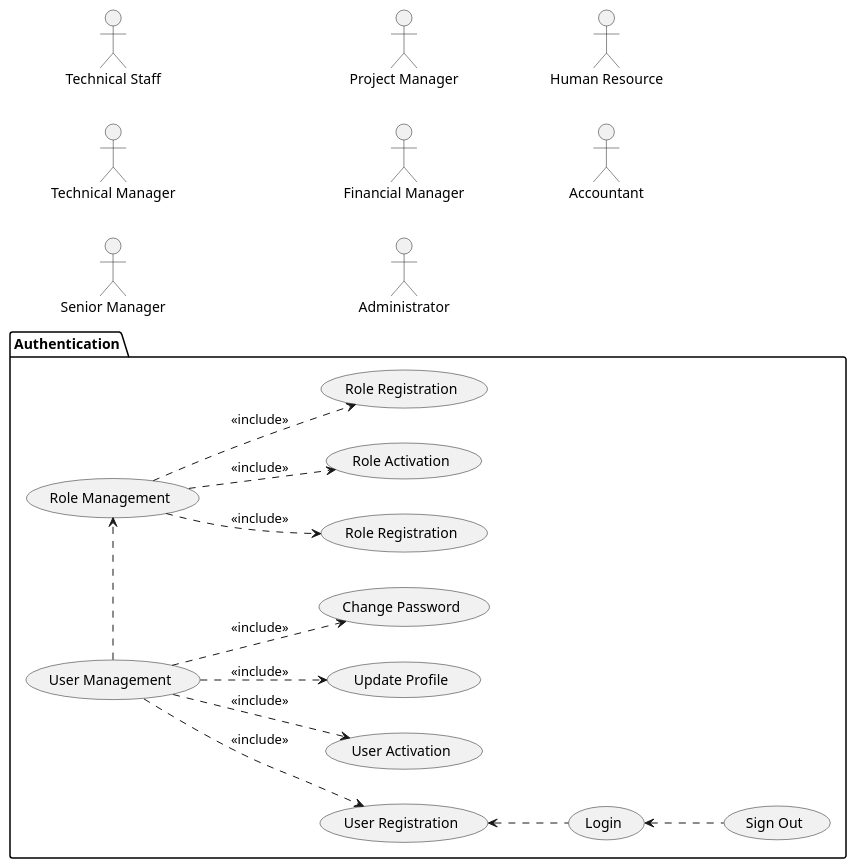
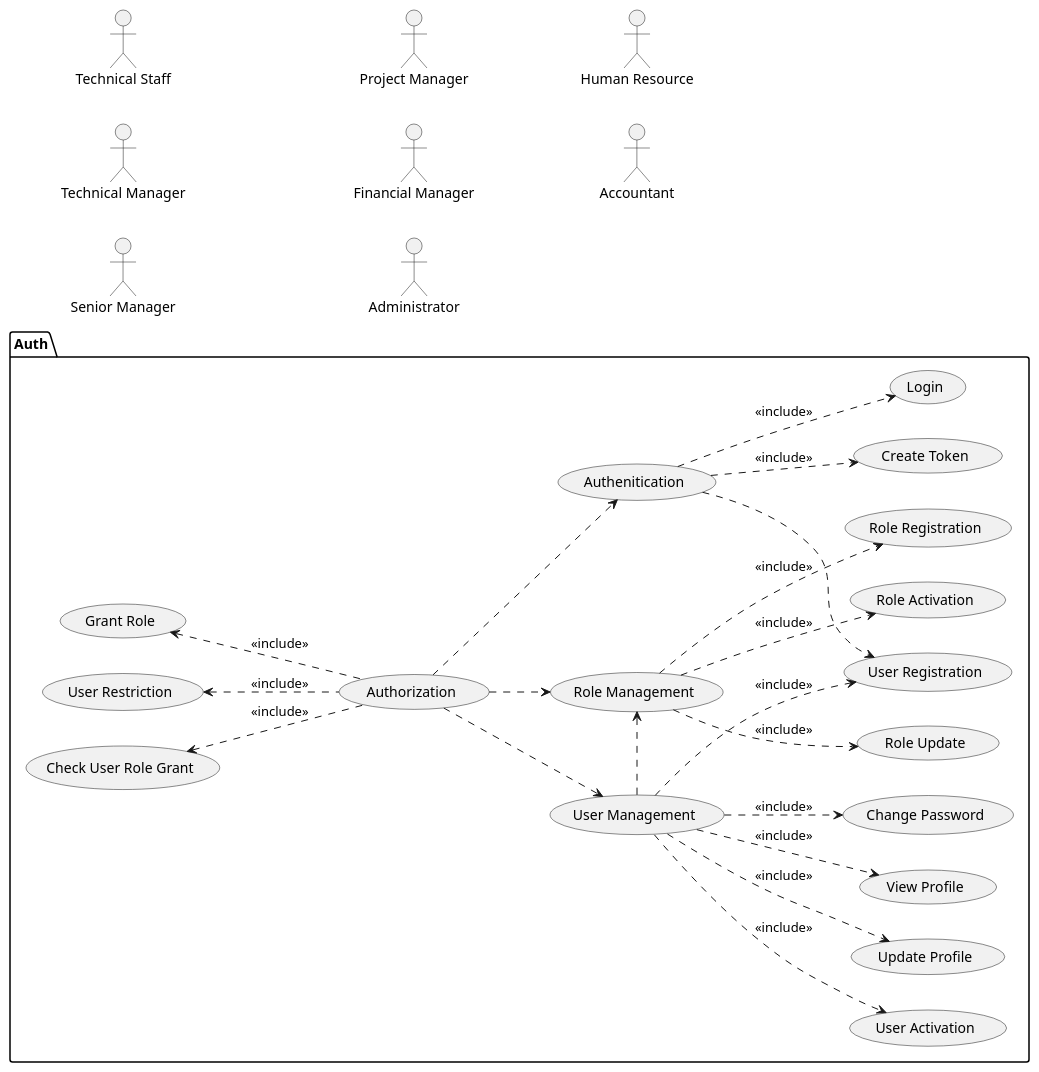
The diagram in HorizonUml/UseCase/UseCaseDiagram.puml (mahyaresteki/Horizon), drawn with PlantUML before and after one commit. The commit also changed 3 other files, not shown here.

Commit message:
Update UML

```diff
--- a/HorizonUml/UseCase/UseCaseDiagram.puml
+++ b/HorizonUml/UseCase/UseCaseDiagram.puml
@@ -1,40 +1,57 @@
 @startuml
 left to right direction
 
 :Technical Staff: as TechnicalStaff
 :Technical Manager: as TechnicalManager
 :Senior Manager: as SeniorManager
 :Project Manager: as PMO
 :Financial Manager: as Fmanager
 :Administrator: as Admin
 :Human Resource: as HR
 :Accountant: as Accountant
 
-package "Authentication"{
+package "Auth"{
     usecase "Role Management" as roleManagement
     usecase "Role Registration" as roleRegistration
-    usecase "Role Registration" as roleUpdate
+    usecase "Role Update" as roleUpdate
     usecase "Role Activation" as roleActivation
     usecase "User Management" as userManagement
     usecase "User Registration" as userRegistration
     usecase "User Activation" as userActivation
     usecase "Update Profile" as updateProfile
+    usecase "View Profile" as viewProfile
     usecase "Change Password" as changePassword
-    usecase "Login" as login 
-    usecase "Sign Out" as signOut 
+    usecase "Authenitication" as authentication
+    usecase "Login" as login
+    usecase "Create Token" as createToken
+    usecase "Authorization" as authorization
+    usecase "Grant Role" as grantRole
+    usecase "User Restriction" as userRestriction
+    usecase "Check User Role Grant" as checkGrant
+
 }
 
 userManagement .> roleManagement
 
 roleManagement ..> roleRegistration : <<include>>
 roleManagement ..> roleUpdate : <<include>>
 roleManagement ..> roleActivation : <<include>>
 userManagement ..> userRegistration :<<include>>
 userManagement ..> userActivation :<<include>>
 userManagement ..> updateProfile :<<include>>
+userManagement ..> viewProfile :<<include>>
 userManagement ..> changePassword :<<include>>
 
-userRegistration <.. login
-login <.. signOut
+authentication ..> userRegistration
+authentication ..> login : <<include>>
+authentication ..> createToken : <<include>>
+
+authorization ..>  roleManagement
+authorization ..> authentication 
+authorization ..> userManagement
+
+grantRole <.. authorization : <<include>>
+userRestriction <.. authorization : <<include>>
+checkGrant <.. authorization : <<include>>
 
 @enduml
```
